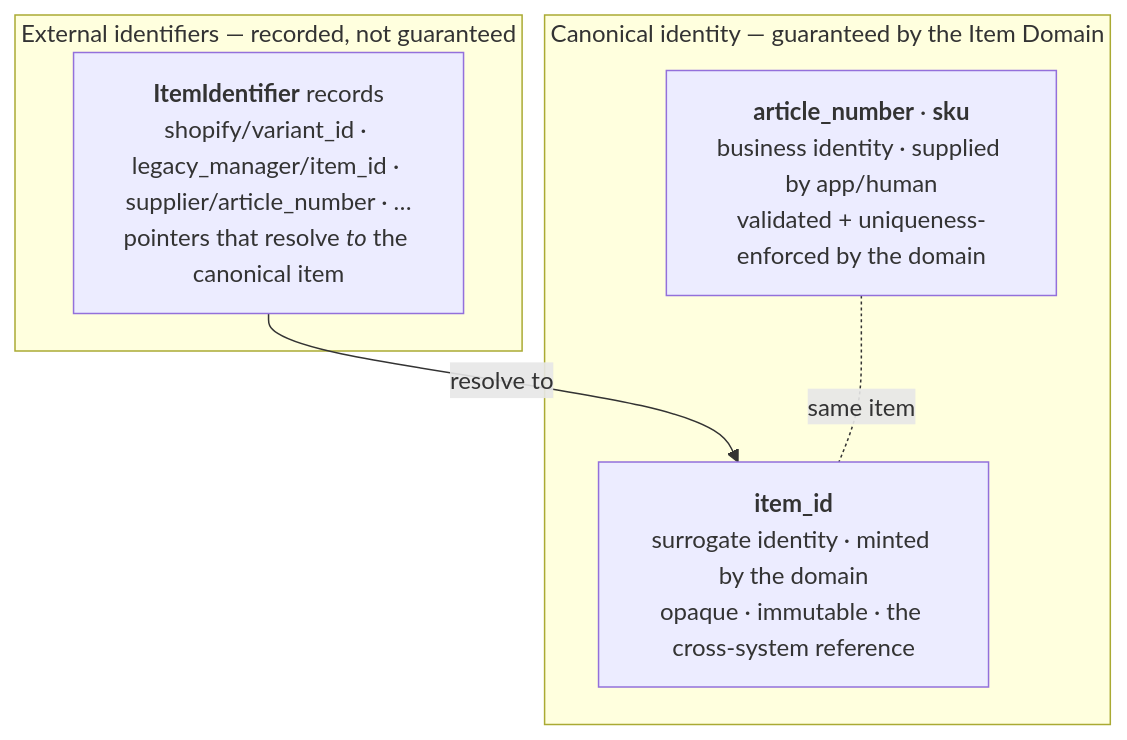
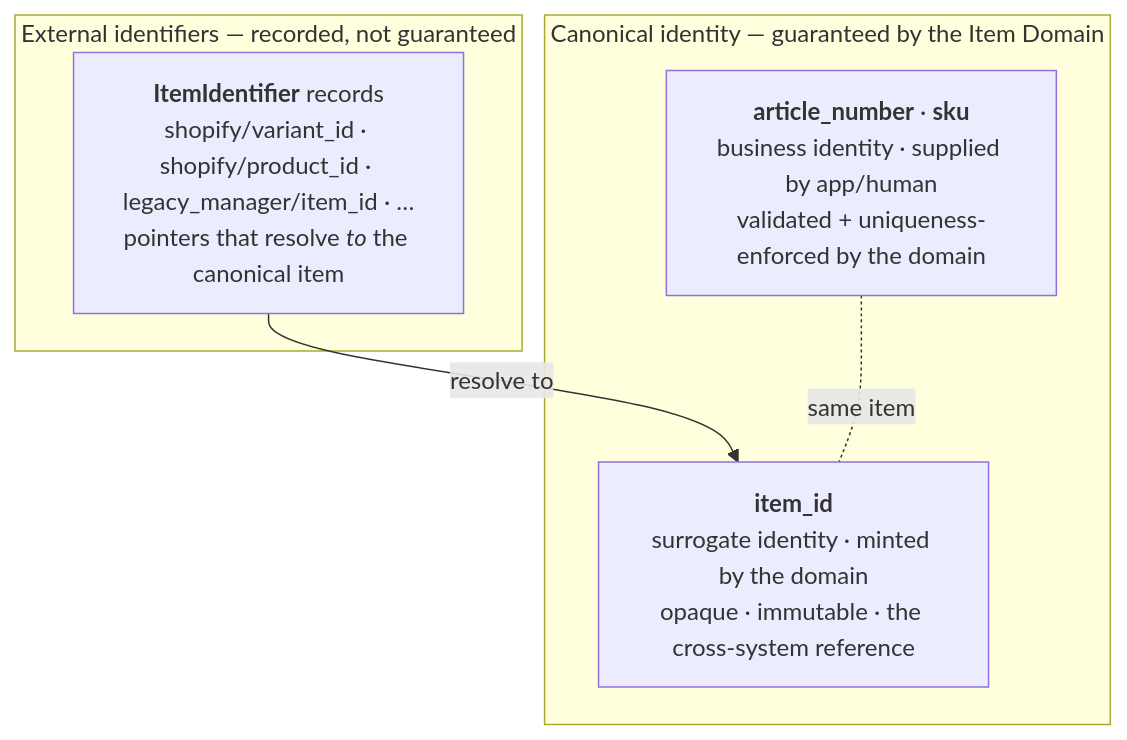
Before and after one commit to Loorenz-David/ItemDomain: the diagram in docs/02-canonical-identity-and-identifiers.md, drawn with Mermaid. The commit also changed other lines of this file and 12 other files, not shown here.

First line of the commit message:
docs: resolve remaining Item Domain open questions

````diff
--- a/docs/02-canonical-identity-and-identifiers.md
+++ b/docs/02-canonical-identity-and-identifiers.md
@@ -22,12 +22,12 @@
 ```mermaid
 flowchart TB
     subgraph CANON["Canonical identity — guaranteed by the Item Domain"]
         SURR["<b>item_id</b><br/>surrogate identity · minted by the domain<br/>opaque · immutable · the cross-system reference"]
         BIZ["<b>article_number</b> · <b>sku</b><br/>business identity · supplied by app/human<br/>validated + uniqueness-enforced by the domain"]
     end
     subgraph EXT["External identifiers — recorded, not guaranteed"]
-        E["<b>ItemIdentifier</b> records<br/>shopify/variant_id · legacy_manager/item_id · supplier/article_number · …<br/>pointers that resolve <i>to</i> the canonical item"]
+        E["<b>ItemIdentifier</b> records<br/>shopify/variant_id · shopify/product_id · legacy_manager/item_id · …<br/>pointers that resolve <i>to</i> the canonical item"]
     end
     E -- "resolve to" --> SURR
     BIZ -. "same item" .- SURR
 ```
````
